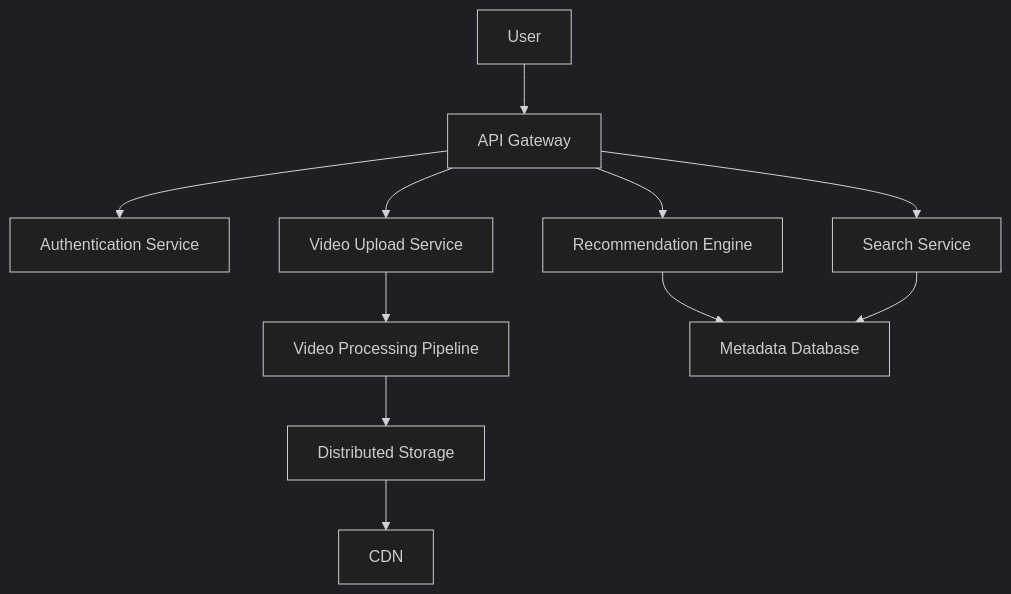
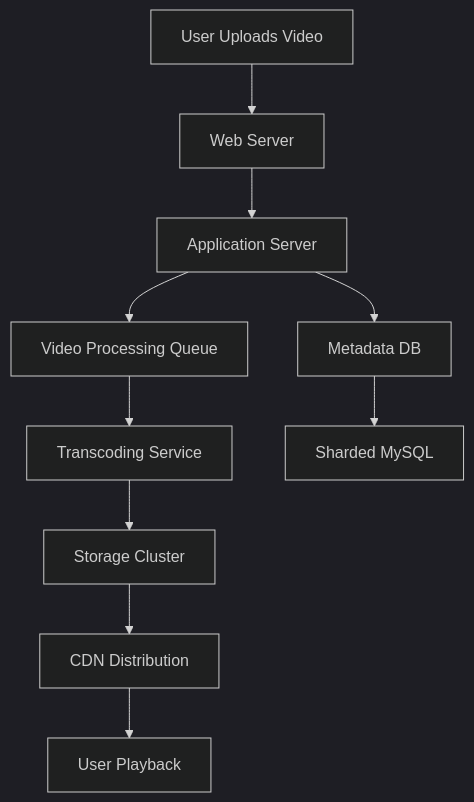
The diagram in youtube-system-design/README.md (VrushankPatel/interview-matters), drawn with Mermaid (dark theme) before and after one commit. The commit also changed other lines of this file and 5 other files, not shown here.

````diff
--- a/youtube-system-design/README.md
+++ b/youtube-system-design/README.md
@@ -19,13 +30,12 @@
 ```mermaid
 graph TD
-    A[User] --> B[API Gateway]
-    B --> C[Authentication Service]
-    B --> D[Video Upload Service]
-    D --> E[Video Processing Pipeline]
-    E --> F[Distributed Storage]
-    F --> G[CDN]
-    B --> H[Recommendation Engine]
-    H --> I[Metadata Database]
-    B --> J[Search Service]
-    J --> I
+    A[User Uploads Video] --> B[Web Server]
+    B --> C[Application Server]
+    C --> D[Video Processing Queue]
+    D --> E[Transcoding Service]
+    E --> F[Storage Cluster]
+    F --> G[CDN Distribution]
+    G --> H[User Playback]
+    C --> I[Metadata DB]
+    I --> J[Sharded MySQL]
 ```
````
